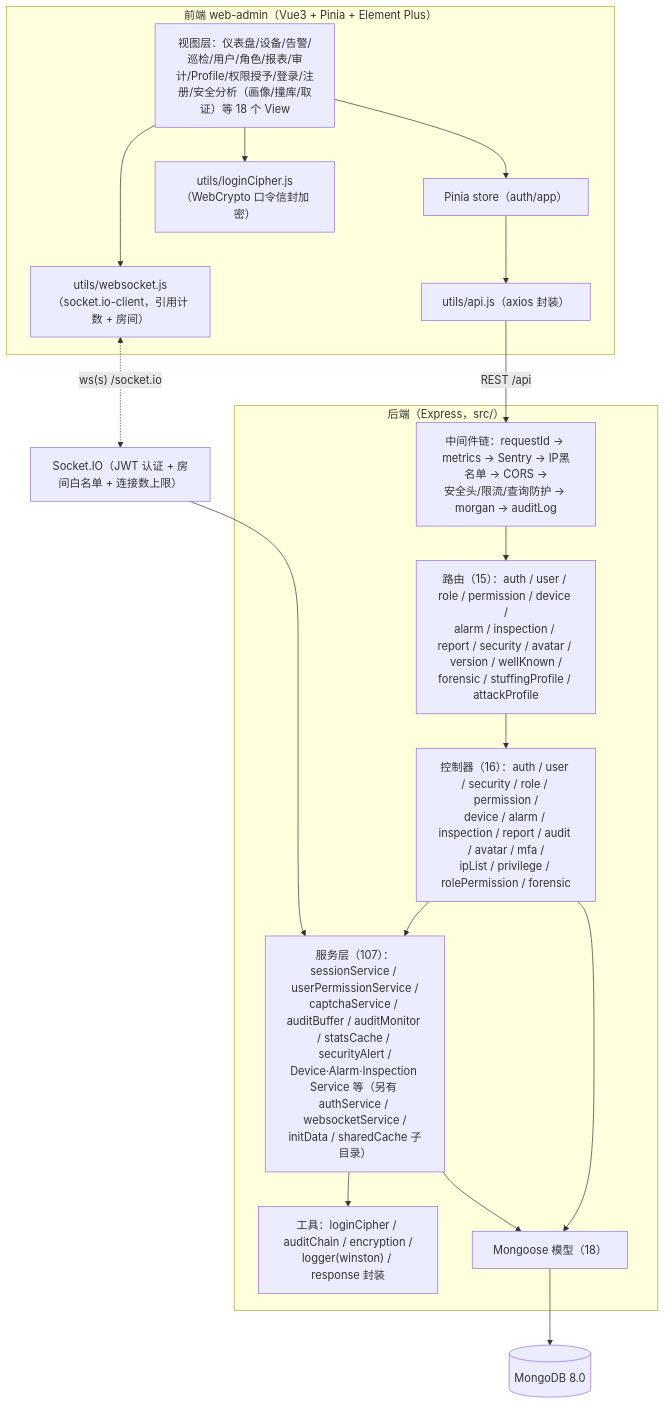
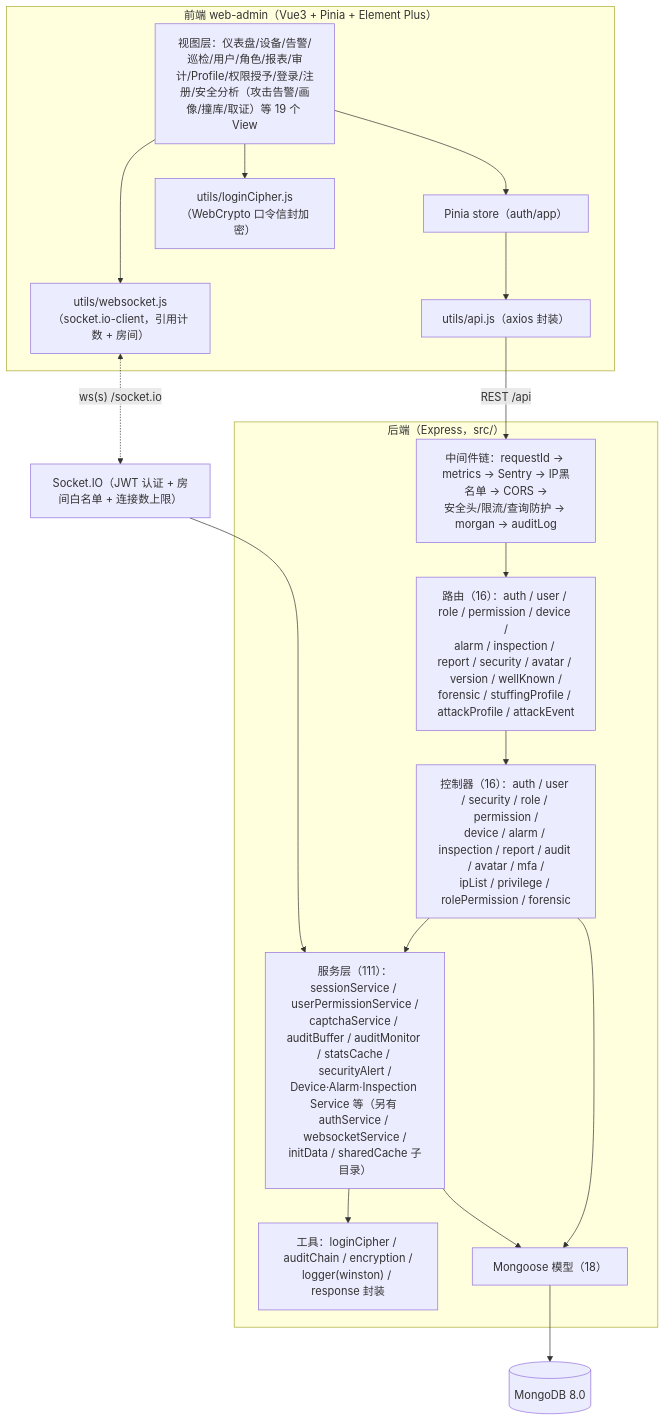
The first of 4 diagrams in docs/architecture.md (qmzzzzz/fsms), drawn with Mermaid before and after one commit. The commit also changed other lines of this file and 217 other files, not shown here.

````diff
--- a/docs/architecture.md
+++ b/docs/architecture.md
@@ -10,34 +10,34 @@
 ```mermaid
 flowchart TB
   subgraph Client["前端 web-admin（Vue3 + Pinia + Element Plus）"]
-    Views["视图层：仪表盘/设备/告警/巡检/用户/角色/报表/审计/Profile/权限授予/登录/注册/安全分析（画像/撞库/取证）等 18 个 View"]
+    Views["视图层：仪表盘/设备/告警/巡检/用户/角色/报表/审计/Profile/权限授予/登录/注册/安全分析（攻击告警/画像/撞库/取证）等 19 个 View"]
     Store["Pinia store（auth/app）"]
     Api["utils/api.js（axios 封装）"]
     Ws["utils/websocket.js（socket.io-client，引用计数 + 房间）"]
     Cipher["utils/loginCipher.js（WebCrypto 口令信封加密）"]
   end
 
   subgraph Backend["后端（Express，src/）"]
     MW["中间件链：requestId → metrics → Sentry → IP黑名单 → CORS →\n安全头/限流/查询防护 → morgan → auditLog"]
-    Routes["路由（15）：auth / user / role / permission / device /\nalarm / inspection / report / security / avatar / version / wellKnown /\nforensic / stuffingProfile / attackProfile"]
+    Routes["路由（16）：auth / user / role / permission / device /\nalarm / inspection / report / security / avatar / version / wellKnown /\nforensic / stuffingProfile / attackProfile / attackEvent"]
     Ctrl["控制器（16）：auth / user / security / role / permission /\ndevice / alarm / inspection / report / audit / avatar / mfa /\nipList / privilege / rolePermission / forensic"]
-    Svc["服务层（107）：sessionService / userPermissionService /\ncaptchaService / auditBuffer / auditMonitor / statsCache / securityAlert /\nDevice·Alarm·Inspection Service 等（另有 authService / websocketService /\ninitData / sharedCache 子目录）"]
+    Svc["服务层（111）：sessionService / userPermissionService /\ncaptchaService / auditBuffer / auditMonitor / statsCache / securityAlert /\nDevice·Alarm·Inspection Service 等（另有 authService / websocketService /\ninitData / sharedCache 子目录）"]
     Utils["工具：loginCipher / auditChain / encryption /\nlogger(winston) / response 封装"]
     Models["Mongoose 模型（18）"]
   end
 
   Mongo[("MongoDB 8.0")]
   Socket["Socket.IO（JWT 认证 + 房间白名单 + 连接数上限）"]
 
   Views --> Store --> Api
   Views --> Ws
   Views --> Cipher
   Api -- "REST /api" --> MW --> Routes --> Ctrl
   Ctrl --> Svc
   Ctrl --> Models
   Svc --> Models
   Svc --> Utils
   Ws <-. "ws(s) /socket.io" .-> Socket
   Socket --> Svc
   Models --> Mongo
 ```
````
